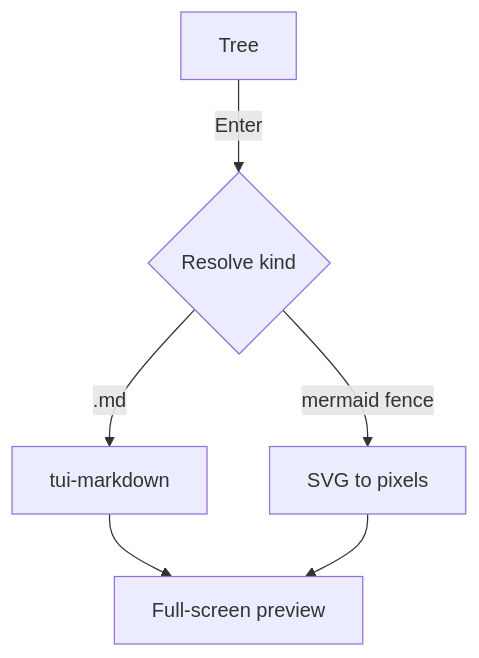
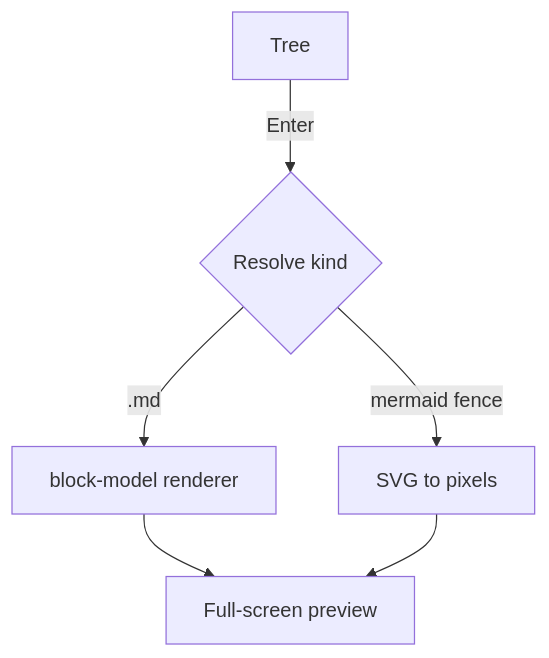
The diagram in samples/markdown.md (LESIM-Co-Ltd/konoma), drawn with Mermaid before and after one commit. The commit also changed other lines of this file and 17 other files, not shown here.

````diff
--- a/samples/markdown.md
+++ b/samples/markdown.md
@@ -119,8 +119,8 @@
 ```mermaid
 graph TD
   A[Tree] -->|Enter| B{Resolve kind}
-  B -->|.md| C[tui-markdown]
+  B -->|.md| C[block-model renderer]
   B -->|mermaid fence| D[SVG to pixels]
   C --> E[Full-screen preview]
   D --> E
 ```
````
